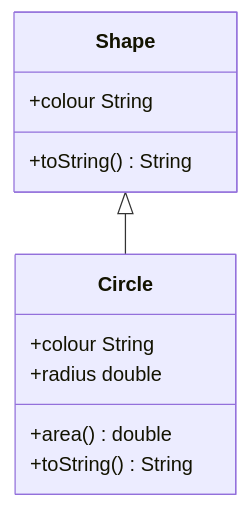
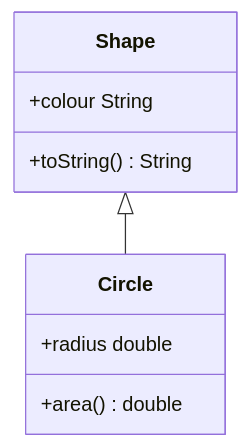
Before and after one commit to bweston6/uol-cs-notes: the first of 2 diagrams in COMP122/Lectures/Week 5/2021-03-08-2.md, drawn with Mermaid. The commit also changed other lines of this file and 2 other files, not shown here.

Commit message:
Fixing UML diagrams.

````diff
--- a/COMP122/Lectures/Week 5/2021-03-08-2.md
+++ b/COMP122/Lectures/Week 5/2021-03-08-2.md
@@ -12,14 +12,12 @@
 ```mermaid
 classDiagram
 	Shape <|-- Circle
 	class Shape{
 		+colour String
 		+toString() String
 	}
 	class Circle{
-		+colour String
 		+radius double
 		+area() double
-		+toString() String
 	}
 ```
````
